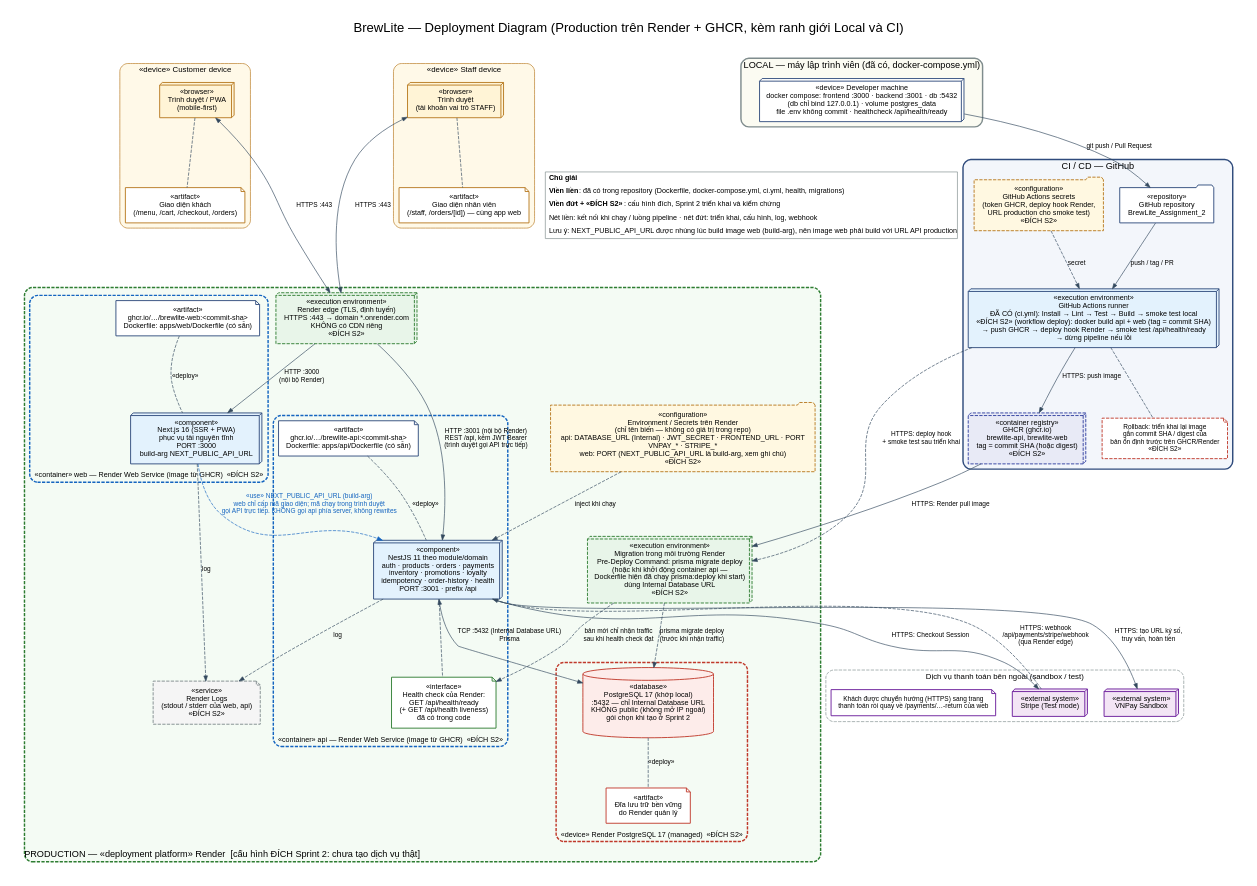
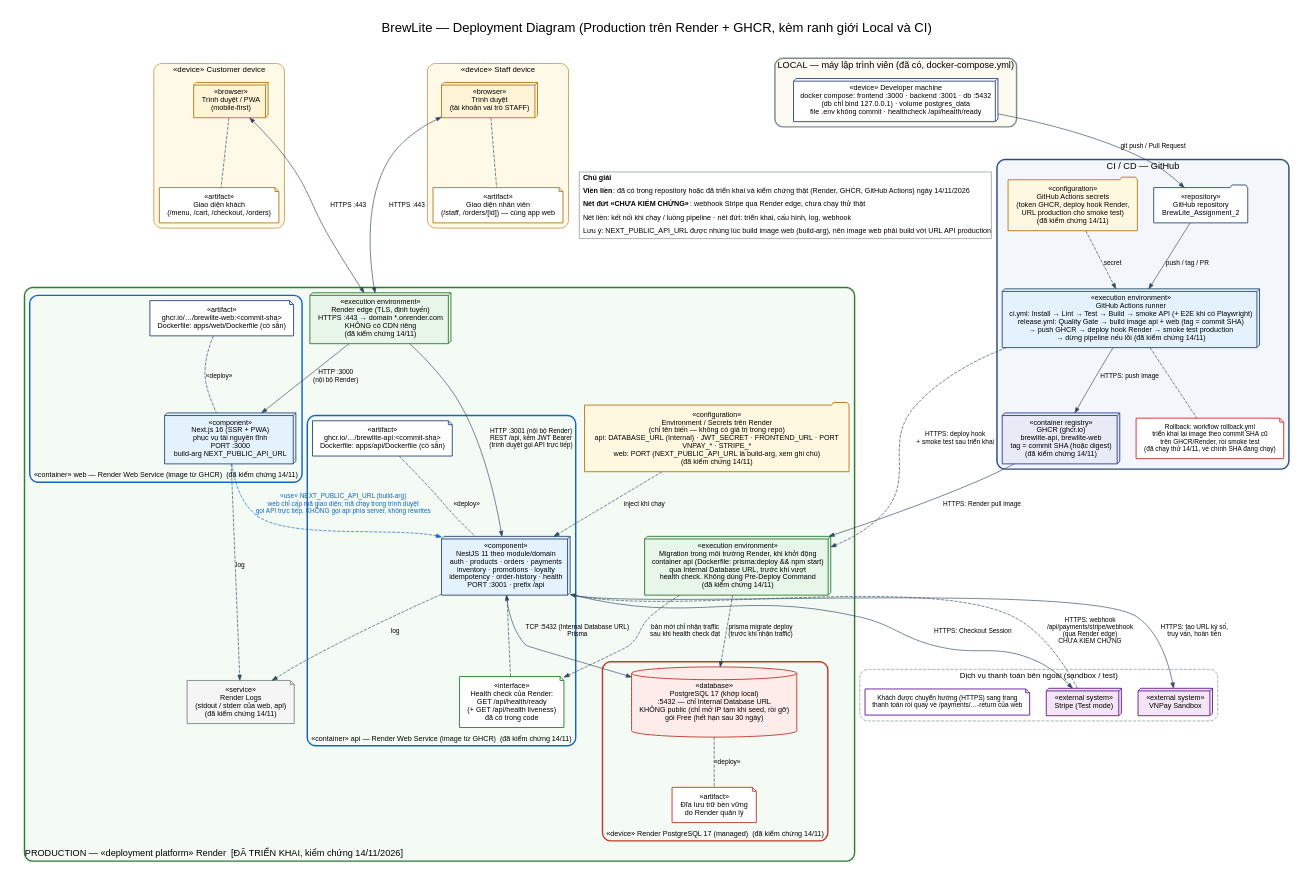
Before and after one commit to nguyen213123/BrewLite_Assignment_2: the diagram in docs/architecture/deployment-diagram.dot, drawn with Graphviz. The commit also changed 5 other files, not shown here.

Commit message:
docs(deploy): cap nhat ket qua trien khai Render + GHCR da kiem chung

```diff
--- a/docs/architecture/deployment-diagram.dot
+++ b/docs/architecture/deployment-diagram.dot
@@ -3,8 +3,8 @@
 //               dot -Tpng -Gdpi=150 deployment-diagram.dot -o deployment-diagram.png
 //
 // Quy ước đánh dấu trạng thái (xem chú giải trên sơ đồ):
-//   Viền LIỀN  = đã có trong repository, đã kiểm tra (Dockerfile, docker-compose, ci.yml, health, migrations).
-//   Viền ĐỨT + nhãn «ĐÍCH S2» = cấu hình đích, Sprint 2 (Task 5.3/5.4) sẽ triển khai và kiểm chứng.
+//   Viền LIỀN = đã có trong repository hoặc đã triển khai và kiểm chứng thật ngày 14/11/2026.
+//   Viền ĐỨT + «CHƯA KIỂM CHỨNG» = cấu hình đã thiết kế nhưng chưa chạy thử trên môi trường thật.
 digraph BrewLiteDeployment {
   graph [rankdir=TB, fontname="Arial", fontsize=20, labelloc=t, pad=0.3, nodesep=0.35, ranksep=0.9,
          compound=true, newrank=true, splines=true,
@@ -28,20 +28,20 @@
 
   // ===================== PRODUCTION (Render) =====================
   subgraph cluster_prod {
-    label="PRODUCTION — «deployment platform» Render  [cấu hình ĐÍCH Sprint 2: chưa tạo dịch vụ thật]";
-    labelloc=b; labeljust=l; style="rounded,filled,dashed"; fillcolor="#F4FBF4"; color="#2E7D32"; penwidth=2.2; fontname="Arial"; fontsize=14;
+    label="PRODUCTION — «deployment platform» Render  [ĐÃ TRIỂN KHAI, kiểm chứng 14/11/2026]";
+    labelloc=b; labeljust=l; style="rounded,filled"; fillcolor="#F4FBF4"; color="#2E7D32"; penwidth=2.2; fontname="Arial"; fontsize=14;
 
-    edge_node [label="«execution environment»\nRender edge (TLS, định tuyến)\nHTTPS :443 → domain *.onrender.com\nKHÔNG có CDN riêng\n«ĐÍCH S2»", fillcolor="#E8F5E9", color="#2E7D32", style="filled,dashed"];
+    edge_node [label="«execution environment»\nRender edge (TLS, định tuyến)\nHTTPS :443 → domain *.onrender.com\nKHÔNG có CDN riêng\n(đã kiểm chứng 14/11)", fillcolor="#E8F5E9", color="#2E7D32", style=filled];
 
     subgraph cluster_web {
-      label="«container» web — Render Web Service (image từ GHCR)  «ĐÍCH S2»"; style="rounded,dashed"; color="#1565C0"; fontname="Arial"; fontsize=11;
+      label="«container» web — Render Web Service (image từ GHCR)  (đã kiểm chứng 14/11)"; style=rounded; color="#1565C0"; fontname="Arial"; fontsize=11;
       web_art [label="«artifact»\nghcr.io/…/brewlite-web:<commit-sha>\nDockerfile: apps/web/Dockerfile (có sẵn)", shape=note, fillcolor="#FFFFFF"];
       web_app [label="«component»\nNext.js 16 (SSR + PWA)\nphục vụ tài nguyên tĩnh\nPORT :3000\nbuild-arg NEXT_PUBLIC_API_URL", fillcolor="#E3F2FD"];
       web_art -> web_app [style=dashed, arrowhead=none, label="«deploy»"];
     }
 
     subgraph cluster_api {
-      label="«container» api — Render Web Service (image từ GHCR)  «ĐÍCH S2»"; style="rounded,dashed"; color="#1565C0"; fontname="Arial"; fontsize=11;
+      label="«container» api — Render Web Service (image từ GHCR)  (đã kiểm chứng 14/11)"; style=rounded; color="#1565C0"; fontname="Arial"; fontsize=11;
       api_art [label="«artifact»\nghcr.io/…/brewlite-api:<commit-sha>\nDockerfile: apps/api/Dockerfile (có sẵn)", shape=note, fillcolor="#FFFFFF"];
       api_app [label="«component»\nNestJS 11 theo module/domain\nauth · products · orders · payments\ninventory · promotions · loyalty\nidempotency · order-history · health\nPORT :3001 · prefix /api", fillcolor="#E3F2FD"];
       health  [label="«interface»\nHealth check của Render:\nGET /api/health/ready\n(+ GET /api/health liveness)\nđã có trong code", shape=note, fillcolor="#FFFFFF", color="#2E7D32"];
@@ -49,17 +49,17 @@
       api_app -> health [style=dashed, arrowhead=none];
     }
 
-    predeploy [label="«execution environment»\nMigration trong môi trường Render\nPre-Deploy Command: prisma migrate deploy\n(hoặc khi khởi động container api —\nDockerfile hiện đã chạy prisma:deploy khi start)\ndùng Internal Database URL\n«ĐÍCH S2»", fillcolor="#E8F5E9", color="#2E7D32", style="filled,dashed"];
+    predeploy [label="«execution environment»\nMigration trong môi trường Render, khi khởi động\ncontainer api (Dockerfile: prisma:deploy && npm start)\nqua Internal Database URL, trước khi vượt\nhealth check. Không dùng Pre-Deploy Command\n(đã kiểm chứng 14/11)", fillcolor="#E8F5E9", color="#2E7D32"];
 
     subgraph cluster_dbnode {
-      label="«device» Render PostgreSQL 17 (managed)  «ĐÍCH S2»"; style="rounded,dashed"; color="#C0392B"; fontname="Arial"; fontsize=11;
-      db  [label="«database»\nPostgreSQL 17 (khớp local)\n:5432 — chỉ Internal Database URL\nKHÔNG public (không mở IP ngoài)\ngói chọn khi tạo ở Sprint 2", shape=cylinder, fillcolor="#FDECEA", color="#C0392B"];
+      label="«device» Render PostgreSQL 17 (managed)  (đã kiểm chứng 14/11)"; style=rounded; color="#C0392B"; fontname="Arial"; fontsize=11;
+      db  [label="«database»\nPostgreSQL 17 (khớp local)\n:5432 — chỉ Internal Database URL\nKHÔNG public (chỉ mở IP tạm khi seed, rồi gỡ)\ngói Free (hết hạn sau 30 ngày)", shape=cylinder, fillcolor="#FDECEA", color="#C0392B"];
       vol [label="«artifact»\nĐĩa lưu trữ bền vững\ndo Render quản lý", shape=note, fillcolor="#FFFFFF", color="#C0392B"];
       db -> vol [style=dashed, arrowhead=none, label="«deploy»"];
     }
 
-    envvars [label="«configuration»\nEnvironment / Secrets trên Render\n(chỉ tên biến — không có giá trị trong repo)\napi: DATABASE_URL (Internal) · JWT_SECRET · FRONTEND_URL · PORT\nVNPAY_* · STRIPE_*\nweb: PORT (NEXT_PUBLIC_API_URL là build-arg, xem ghi chú)\n«ĐÍCH S2»", shape=folder, fillcolor="#FFF8E1", color="#B7791F", style="filled,dashed"];
-    logs    [label="«service»\nRender Logs\n(stdout / stderr của web, api)\n«ĐÍCH S2»", shape=note, fillcolor="#F5F5F5", color="#7F8C8D", style="filled,dashed"];
+    envvars [label="«configuration»\nEnvironment / Secrets trên Render\n(chỉ tên biến — không có giá trị trong repo)\napi: DATABASE_URL (Internal) · JWT_SECRET · FRONTEND_URL · PORT\nVNPAY_* · STRIPE_*\nweb: PORT (NEXT_PUBLIC_API_URL là build-arg, xem ghi chú)\n(đã kiểm chứng 14/11)", shape=folder, fillcolor="#FFF8E1", color="#B7791F", style=filled];
+    logs    [label="«service»\nRender Logs\n(stdout / stderr của web, api)\n(đã kiểm chứng 14/11)", shape=note, fillcolor="#F5F5F5", color="#7F8C8D", style=filled];
   }
 
   // ===================== DỊCH VỤ NGOÀI =====================
@@ -74,10 +74,10 @@
   subgraph cluster_ci {
     label="CI / CD — GitHub"; style="rounded,filled"; fillcolor="#F3F6FB"; color="#2F4B7C"; penwidth=2.2; fontname="Arial"; fontsize=14;
     repo     [label="«repository»\nGitHub repository\nBrewLite_Assignment_2", shape=folder, fillcolor="#FFFFFF"];
-    runner   [label="«execution environment»\nGitHub Actions runner\nĐÃ CÓ (ci.yml): Install → Lint → Test → Build → smoke test local\n«ĐÍCH S2» (workflow deploy): docker build api + web (tag = commit SHA)\n→ push GHCR → deploy hook Render → smoke test /api/health/ready\n→ dừng pipeline nếu lỗi", fillcolor="#E3F2FD"];
-    ghsec    [label="«configuration»\nGitHub Actions secrets\n(token GHCR, deploy hook Render,\nURL production cho smoke test)\n«ĐÍCH S2»", shape=folder, fillcolor="#FFF8E1", color="#B7791F", style="filled,dashed"];
-    registry [label="«container registry»\nGHCR (ghcr.io)\nbrewlite-api, brewlite-web\ntag = commit SHA (hoặc digest)\n«ĐÍCH S2»", fillcolor="#E8EAF6", color="#303F9F", style="filled,dashed"];
-    rollback [label="Rollback: triển khai lại image\ngắn commit SHA / digest của\nbản ổn định trước trên GHCR/Render\n«ĐÍCH S2»", shape=note, style="filled,dashed", fillcolor="#FFFFFF", color="#C0392B", fontsize=10];
+    runner   [label="«execution environment»\nGitHub Actions runner\nci.yml: Install → Lint → Test → Build → smoke API (+ E2E khi có Playwright)\nrelease.yml: Quality Gate → build image api + web (tag = commit SHA)\n→ push GHCR → deploy hook Render → smoke test production\n→ dừng pipeline nếu lỗi (đã kiểm chứng 14/11)", fillcolor="#E3F2FD"];
+    ghsec    [label="«configuration»\nGitHub Actions secrets\n(token GHCR, deploy hook Render,\nURL production cho smoke test)\n(đã kiểm chứng 14/11)", shape=folder, fillcolor="#FFF8E1", color="#B7791F", style=filled];
+    registry [label="«container registry»\nGHCR (ghcr.io)\nbrewlite-api, brewlite-web\ntag = commit SHA (hoặc digest)\n(đã kiểm chứng 14/11)", fillcolor="#E8EAF6", color="#303F9F", style=filled];
+    rollback [label="Rollback: workflow rollback.yml\ntriển khai lại image theo commit SHA cũ\ntrên GHCR/Render, rồi smoke test\n(đã chạy thử 14/11, về chính SHA đang chạy)", shape=note, fillcolor="#FFFFFF", color="#C0392B", fontsize=10];
   }
 
   // ===================== LOCAL =====================
@@ -94,7 +94,7 @@
   api_app -> db  [label="TCP :5432 (Internal Database URL)\nPrisma", dir=both];
   api_app -> vnpay  [label="HTTPS: tạo URL ký số,\ntruy vấn, hoàn tiền"];
   api_app -> stripe [label="HTTPS: Checkout Session"];
-  stripe -> api_app [label="HTTPS: webhook\n/api/payments/stripe/webhook\n(qua Render edge)", style=dashed];
+  stripe -> api_app [label="HTTPS: webhook\n/api/payments/stripe/webhook\n(qua Render edge)\nCHƯA KIỂM CHỨNG", style=dashed];
 
   // web -> api: phụ thuộc cấu hình, không phải lời gọi server-side
   web_app -> api_app [label="«use» NEXT_PUBLIC_API_URL (build-arg)\nweb chỉ cấp mã giao diện; mã chạy trong trình duyệt\ngọi API trực tiếp. KHÔNG gọi api phía server, không rewrites", style=dashed, color="#1565C0", fontcolor="#1565C0"];
@@ -122,8 +122,8 @@
   legend [shape=plain, style="", label=<
     <TABLE BORDER="1" CELLBORDER="0" CELLSPACING="0" CELLPADDING="4" COLOR="#7F8C8D">
       <TR><TD ALIGN="LEFT"><B>Chú giải</B></TD></TR>
-      <TR><TD ALIGN="LEFT"><B>Viền liền</B>: đã có trong repository (Dockerfile, docker-compose.yml, ci.yml, health, migrations)</TD></TR>
-      <TR><TD ALIGN="LEFT"><B>Viền đứt + «ĐÍCH S2»</B>: cấu hình đích, Sprint 2 triển khai và kiểm chứng</TD></TR>
+      <TR><TD ALIGN="LEFT"><B>Viền liền</B>: đã có trong repository hoặc đã triển khai và kiểm chứng thật (Render, GHCR, GitHub Actions) ngày 14/11/2026</TD></TR>
+      <TR><TD ALIGN="LEFT"><B>Nét đứt «CHƯA KIỂM CHỨNG»</B>: webhook Stripe qua Render edge, chưa chạy thử thật</TD></TR>
       <TR><TD ALIGN="LEFT">Nét liền: kết nối khi chạy / luồng pipeline · nét đứt: triển khai, cấu hình, log, webhook</TD></TR>
       <TR><TD ALIGN="LEFT">Lưu ý: NEXT_PUBLIC_API_URL được nhúng lúc build image web (build-arg), nên image web phải build với URL API production</TD></TR>
     </TABLE>>];
```
